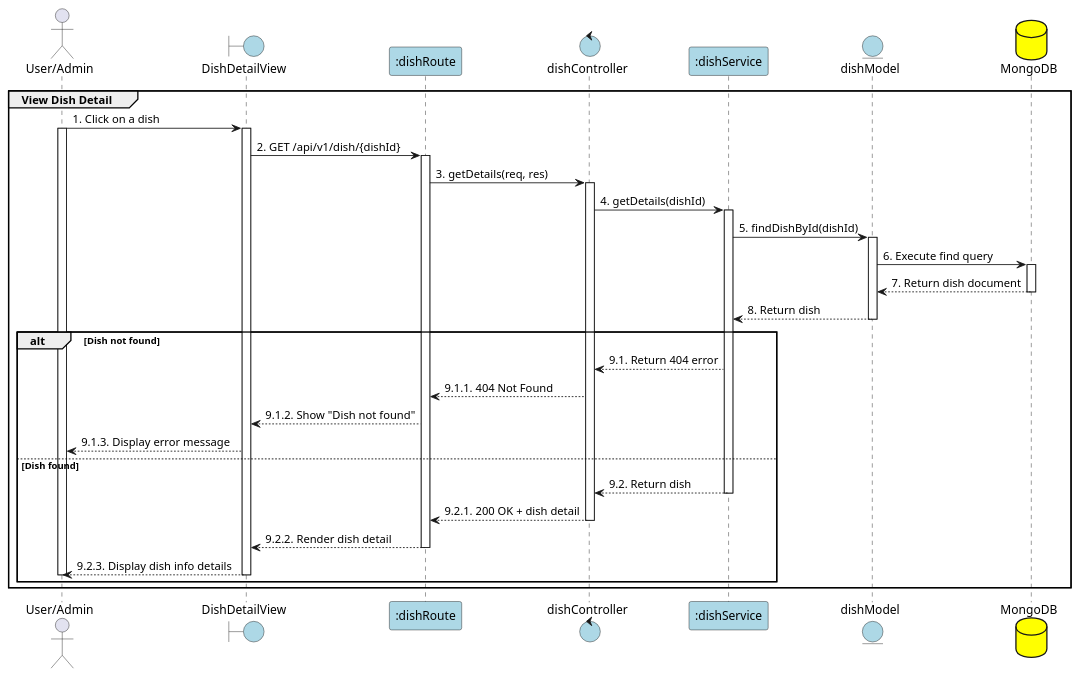
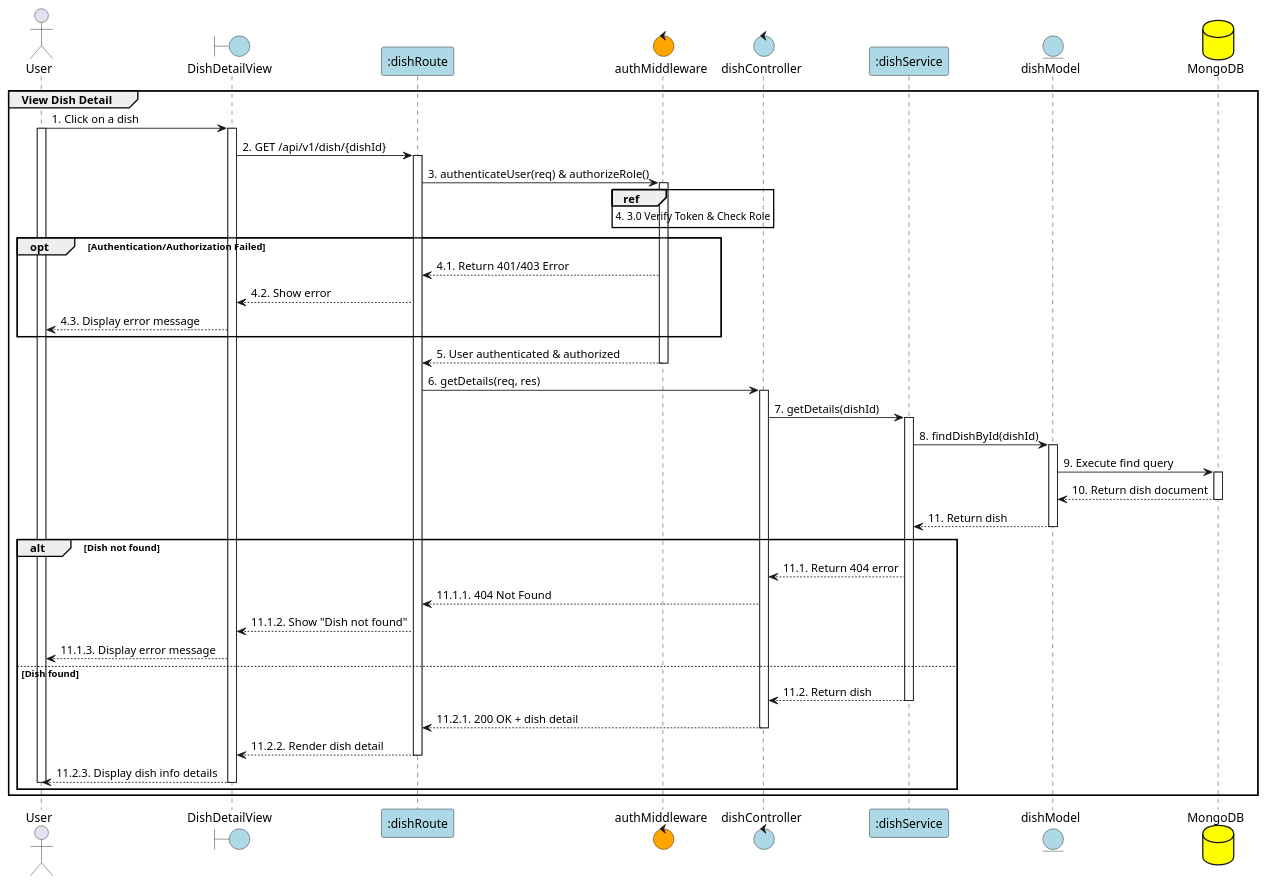
One commit to Aohkne/CaloCook changed the diagram in PlanUML/16_viewDishDetail.puml. Above: the diagram before and after it, drawn with PlantUML. The commit also changed 18 other files, not shown here.

```diff
--- a/PlanUML/16_viewDishDetail.puml
+++ b/PlanUML/16_viewDishDetail.puml
@@ -1,54 +1,67 @@
 @startuml ViewDishDetail
 
-actor User as "User/Admin"
+actor User as "User"
 boundary "DishDetailView" as View #lightblue
 participant ":dishRoute" as Route #lightblue
+control "authMiddleware" as Auth #Orange
 control "dishController" as Controller #lightblue
 participant ":dishService" as Service #lightblue
 entity "dishModel" as Model #lightblue
 database "MongoDB" as MongoDB #yellow
 
 group View Dish Detail
 User -> View: 1. Click on a dish
 activate User
 activate View
 
 View -> Route: 2. GET /api/v1/dish/{dishId}
 activate Route
 
-Route -> Controller: 3. getDetails(req, res)
+Route -> Auth: 3. authenticateUser(req) & authorizeRole()
+activate Auth
+ref over Auth : 4. 3.0 Verify Token & Check Role
+
+opt Authentication/Authorization Failed
+    Auth --> Route: 4.1. Return 401/403 Error
+    Route --> View: 4.2. Show error
+    View --> User: 4.3. Display error message
+end
+Auth --> Route: 5. User authenticated & authorized
+deactivate Auth
+
+Route -> Controller: 6. getDetails(req, res)
 activate Controller
 
-Controller -> Service: 4. getDetails(dishId)
+Controller -> Service: 7. getDetails(dishId)
 activate Service
 
-Service -> Model: 5. findDishById(dishId)
+Service -> Model: 8. findDishById(dishId)
 activate Model
 
-Model -> MongoDB: 6. Execute find query
+Model -> MongoDB: 9. Execute find query
 activate MongoDB
-MongoDB --> Model: 7. Return dish document
+MongoDB --> Model: 10. Return dish document
 deactivate MongoDB
 
-Model --> Service: 8. Return dish
+Model --> Service: 11. Return dish
 deactivate Model
 
 alt Dish not found
-    Service --> Controller: 9.1. Return 404 error
-    Controller --> Route: 9.1.1. 404 Not Found
-    Route --> View: 9.1.2. Show "Dish not found"
-    View --> User: 9.1.3. Display error message
+    Service --> Controller: 11.1. Return 404 error
+    Controller --> Route: 11.1.1. 404 Not Found
+    Route --> View: 11.1.2. Show "Dish not found"
+    View --> User: 11.1.3. Display error message
 else Dish found
-    Service --> Controller: 9.2. Return dish
+    Service --> Controller: 11.2. Return dish
     deactivate Service
-    Controller --> Route: 9.2.1. 200 OK + dish detail
+    Controller --> Route: 11.2.1. 200 OK + dish detail
     deactivate Controller
-    Route --> View: 9.2.2. Render dish detail
+    Route --> View: 11.2.2. Render dish detail
     deactivate Route
-    View --> User: 9.2.3. Display dish info details
+    View --> User: 11.2.3. Display dish info details
     deactivate View
     deactivate User
 end
 
 end
 @enduml
```
